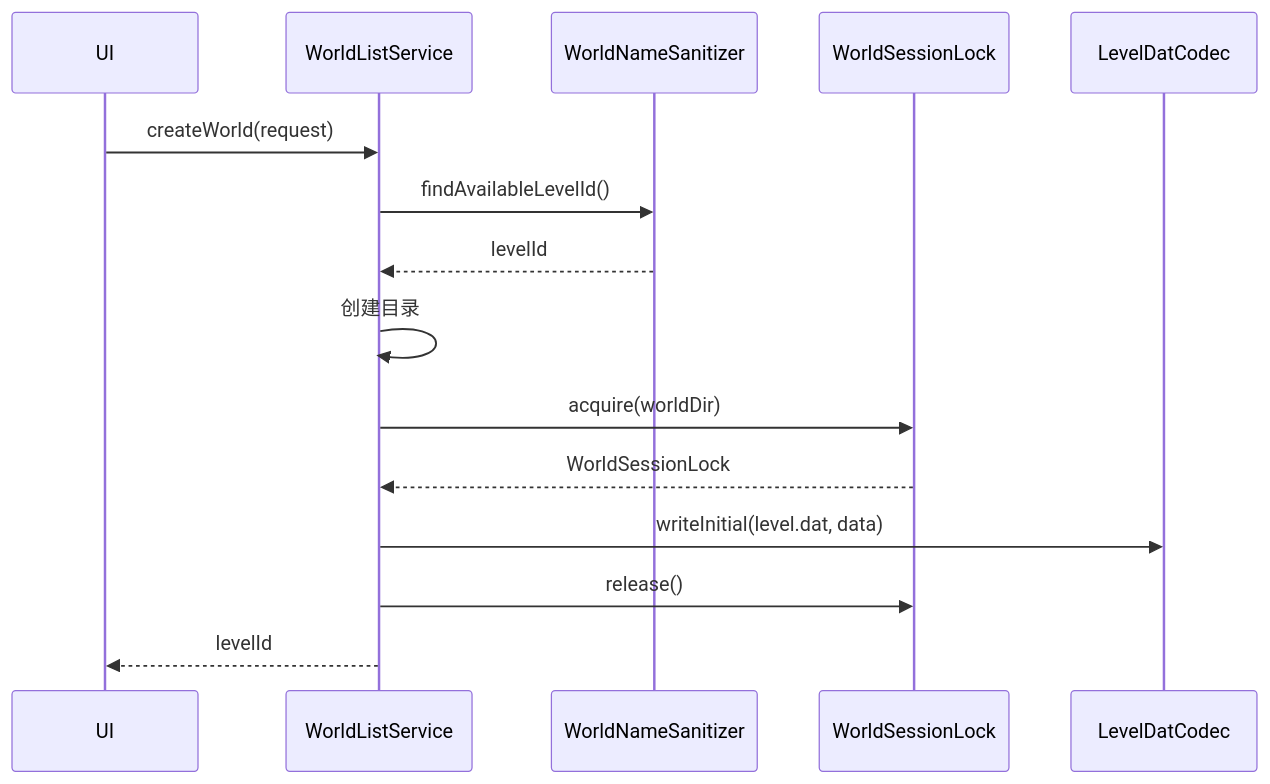
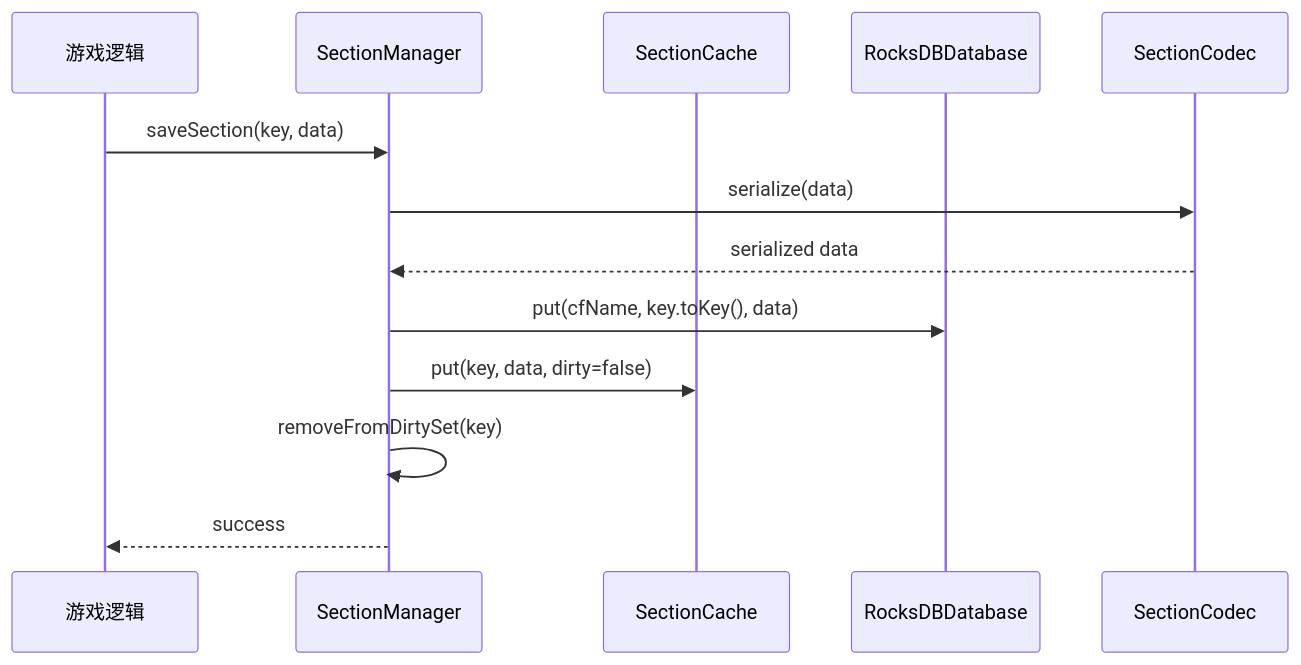
One commit to g122622/Cubium changed the second of 3 diagrams in src/common/world/storage/README.md. Above: the diagram before and after it, drawn with Mermaid. The commit also changed other lines of this file and 45 other files, not shown here.

````diff
--- a/src/common/world/storage/README.md
+++ b/src/common/world/storage/README.md
@@ -430,18 +335,16 @@
 ```mermaid
 sequenceDiagram
-    participant UI
-    participant Service as WorldListService
-    participant Sanitizer as WorldNameSanitizer
-    participant Lock as WorldSessionLock
-    participant Codec as LevelDatCodec
+    participant Game as 游戏逻辑
+    participant Manager as SectionManager
+    participant Cache as SectionCache
+    participant DB as RocksDBDatabase
+    participant Codec as SectionCodec
 
-    UI->>Service: createWorld(request)
-    Service->>Sanitizer: findAvailableLevelId()
-    Sanitizer-->>Service: levelId
-    Service->>Service: 创建目录
-    Service->>Lock: acquire(worldDir)
-    Lock-->>Service: WorldSessionLock
-    Service->>Codec: writeInitial(level.dat, data)
-    Service->>Lock: release()
-    Service-->>UI: levelId
+    Game->>Manager: saveSection(key, data)
+    Manager->>Codec: serialize(data)
+    Codec-->>Manager: serialized data
+    Manager->>DB: put(cfName, key.toKey(), data)
+    Manager->>Cache: put(key, data, dirty=false)
+    Manager->>Manager: removeFromDirtySet(key)
+    Manager-->>Game: success
 ```
````
